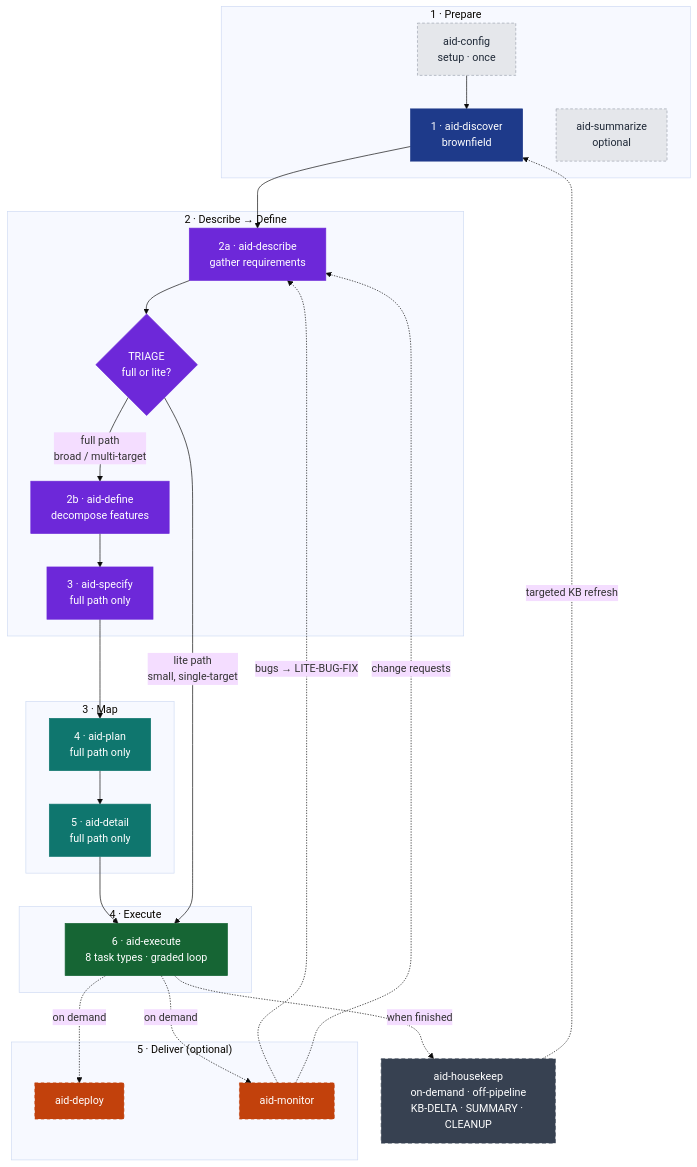
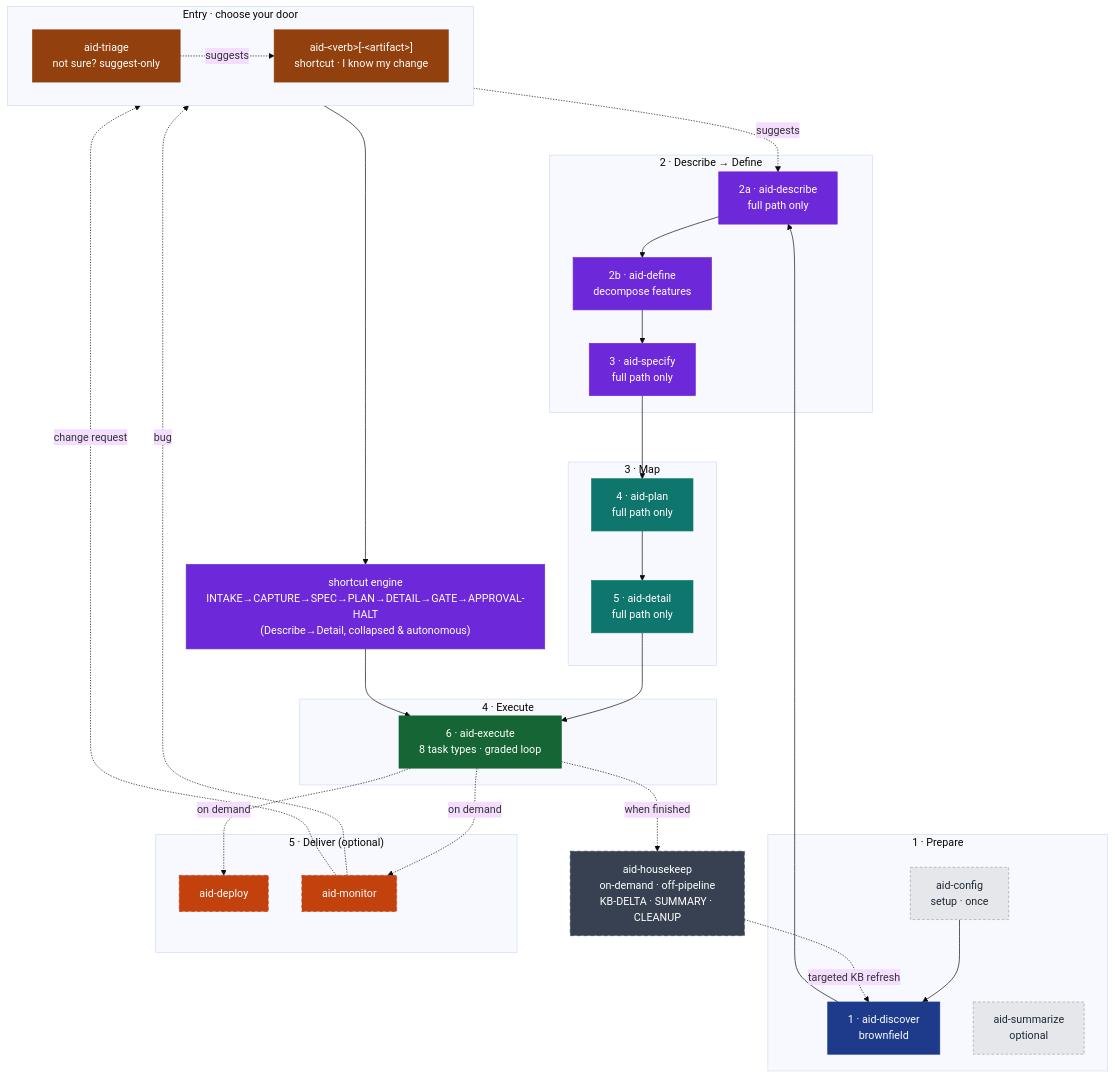
Before and after one commit to AndreVianna/aid-methodology: the first of 7 diagrams in docs/aid-methodology.md, drawn with Mermaid (base theme). The commit also changed other lines of this file and 37 other files, not shown here.

````diff
--- a/docs/aid-methodology.md
+++ b/docs/aid-methodology.md
@@ -26,45 +26,53 @@
 ```mermaid
 flowchart TB
     classDef prep    fill:#1E3A8A,stroke:#1E3A8A,color:#ffffff
     classDef def     fill:#6D28D9,stroke:#6D28D9,color:#ffffff
     classDef map     fill:#0F766E,stroke:#0F766E,color:#ffffff
     classDef exe     fill:#166534,stroke:#166534,color:#ffffff
     classDef delopt  fill:#C2410C,stroke:#C2410C,color:#ffffff,stroke-dasharray:5 4
     classDef aux     fill:#E5E7EB,stroke:#9CA3AF,color:#1F2937,stroke-dasharray:4 3
     classDef offpipe fill:#374151,stroke:#374151,color:#ffffff,stroke-dasharray:6 4
+    classDef entry   fill:#92400E,stroke:#92400E,color:#ffffff
+
+    subgraph GE[" Entry · choose your door "]
+        direction LR
+        SC["aid-&lt;verb&gt;[-&lt;artifact&gt;]<br/>shortcut · I know my change"]:::entry
+        TR["aid-triage<br/>not sure? suggest-only"]:::entry
+    end
+    TR -. suggests .-> SC
 
     subgraph G1[" 1 · Prepare "]
         Init["aid-config<br/>setup · once"]:::aux
         Disc["1 · aid-discover<br/>brownfield"]:::prep
         Sum["aid-summarize<br/>optional"]:::aux
     end
     subgraph G2[" 2 · Describe → Define "]
-        Desc["2a · aid-describe<br/>gather requirements"]:::def
-        Triage{"TRIAGE<br/>full or lite?"}:::def
+        Desc["2a · aid-describe<br/>full path only"]:::def
         Def["2b · aid-define<br/>decompose features"]:::def
         Spec["3 · aid-specify<br/>full path only"]:::def
     end
     subgraph G3[" 3 · Map "]
         Plan["4 · aid-plan<br/>full path only"]:::map
         Det["5 · aid-detail<br/>full path only"]:::map
     end
     subgraph G4[" 4 · Execute "]
         Exe["6 · aid-execute<br/>8 task types · graded loop"]:::exe
     end
     subgraph G5[" 5 · Deliver (optional) "]
         Dep["aid-deploy"]:::delopt
         Mon["aid-monitor"]:::delopt
     end
 
     HK["aid-housekeep<br/>on-demand · off-pipeline<br/>KB-DELTA · SUMMARY · CLEANUP"]:::offpipe
 
-    Init --> Disc --> Desc --> Triage
-    Triage -- "full path<br/>broad / multi-target" --> Def --> Spec --> Plan --> Det --> Exe
-    Triage -- "lite path<br/>small, single-target" --> Exe
+    TR -. suggests .-> Desc
+    Init --> Disc --> Desc --> Def --> Spec --> Plan --> Det --> Exe
+    SC --> ENG["shortcut engine<br/>INTAKE→CAPTURE→SPEC→PLAN→DETAIL→GATE→APPROVAL-HALT<br/>(Describe→Detail, collapsed &amp; autonomous)"]:::def
+    ENG --> Exe
     Exe -. "on demand" .-> Dep
     Exe -. "on demand" .-> Mon
     Exe -. "when finished" .-> HK
-    Mon -. "bugs → LITE-BUG-FIX" .-> Desc
-    Mon -. "change requests" .-> Desc
+    Mon -. "bug" .-> SC
+    Mon -. "change request" .-> TR
     HK  -. "targeted KB refresh" .-> Disc
 ```
````
